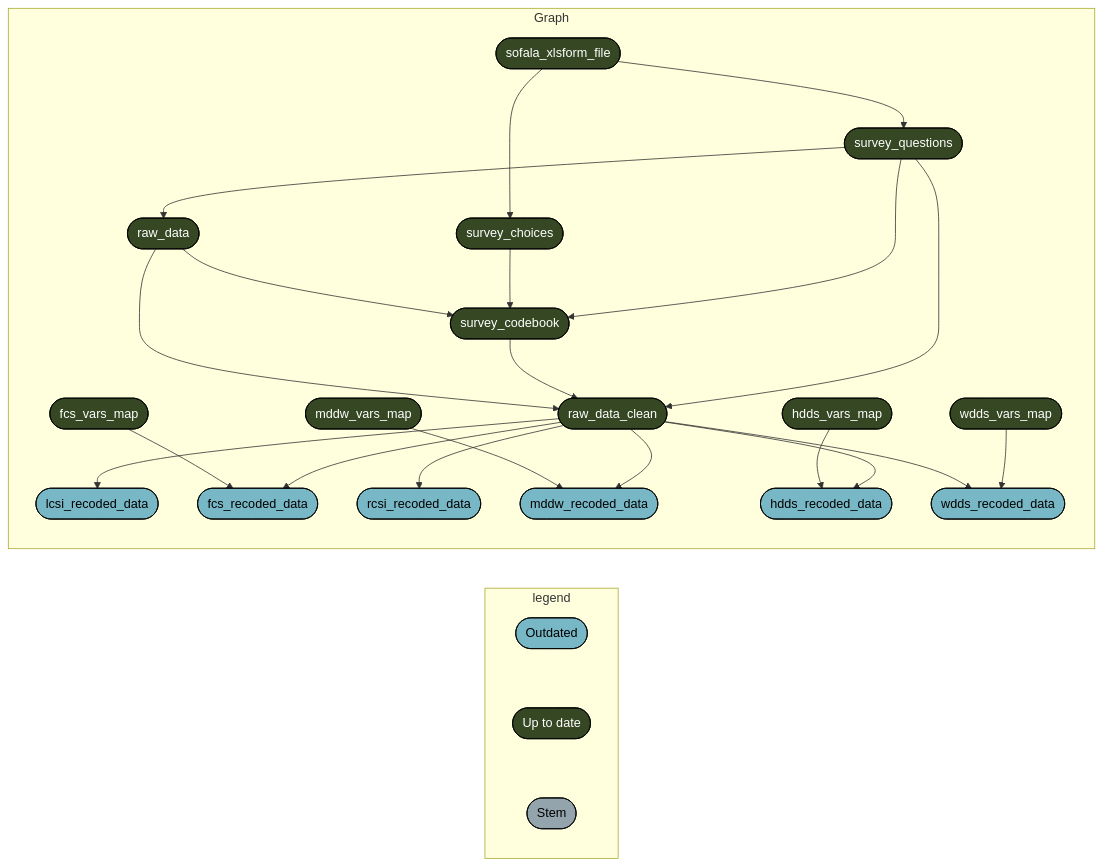
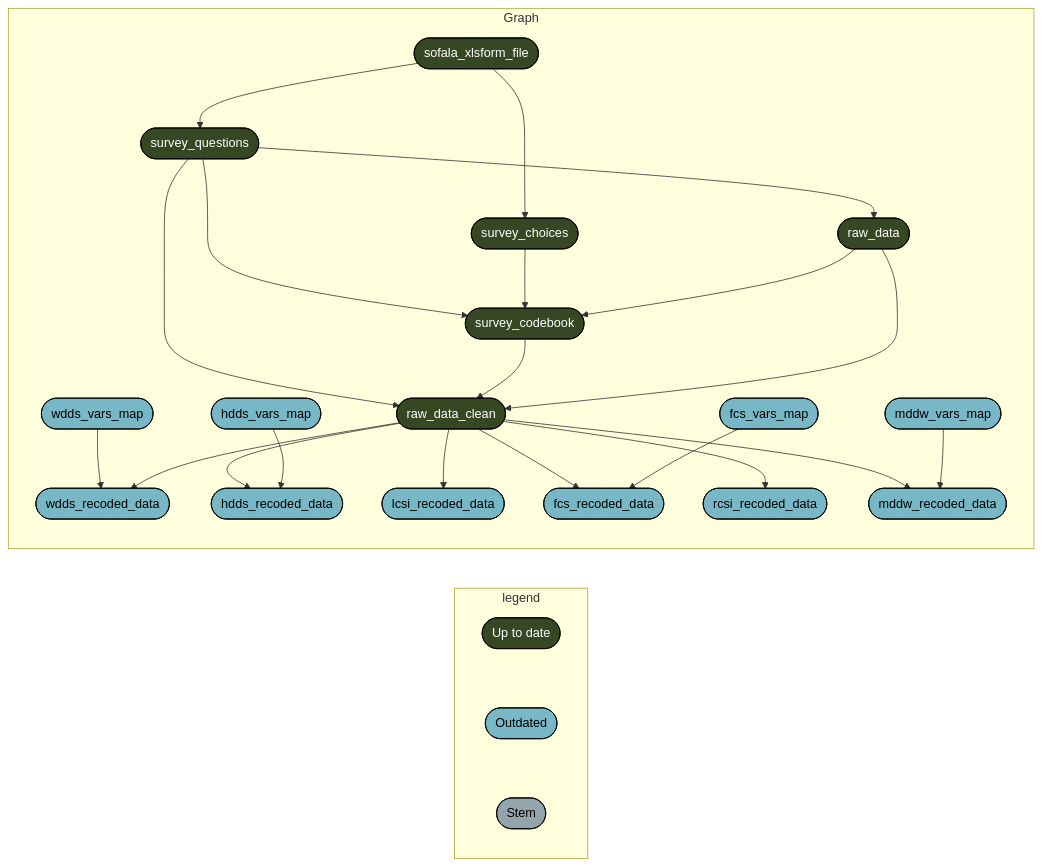
One commit to katilingban/mozambique-s3m changed the second of 5 diagrams in README.md. Above: the diagram before and after it, drawn with Mermaid. The commit also changed other lines of this file and 5 other files, not shown here.

````diff
--- a/README.md
+++ b/README.md
@@ -58,33 +56,33 @@
 ``` mermaid
 graph LR
   subgraph legend
-    x0a52b03877696646([""Outdated""]):::outdated --- x7420bd9270f8d27d([""Up to date""]):::uptodate
-    x7420bd9270f8d27d([""Up to date""]):::uptodate --- xbf4603d6c2c2ad6b([""Stem""]):::none
+    x7420bd9270f8d27d([""Up to date""]):::uptodate --- x0a52b03877696646([""Outdated""]):::outdated
+    x0a52b03877696646([""Outdated""]):::outdated --- xbf4603d6c2c2ad6b([""Stem""]):::none
   end
   subgraph Graph
+    x09e58614f2343db8(["raw_data_clean"]):::uptodate --> x89dfb95fe8e44cfd(["wdds_recoded_data"]):::outdated
+    xf222f81b7d734901(["wdds_vars_map"]):::outdated --> x89dfb95fe8e44cfd(["wdds_recoded_data"]):::outdated
+    xd946f9fb4faff97c(["hdds_vars_map"]):::outdated --> x5f4e9e79af1e1472(["hdds_recoded_data"]):::outdated
+    x09e58614f2343db8(["raw_data_clean"]):::uptodate --> x5f4e9e79af1e1472(["hdds_recoded_data"]):::outdated
+    x09e58614f2343db8(["raw_data_clean"]):::uptodate --> x1bfdb340aaf51c10(["lcsi_recoded_data"]):::outdated
+    x6d5a6a038d8cf062(["fcs_vars_map"]):::outdated --> x710620555a048954(["fcs_recoded_data"]):::outdated
+    x09e58614f2343db8(["raw_data_clean"]):::uptodate --> x710620555a048954(["fcs_recoded_data"]):::outdated
+    x09e58614f2343db8(["raw_data_clean"]):::uptodate --> x9db0983be8f9a87e(["rcsi_recoded_data"]):::outdated
+    x52eeb21c389d52d8(["sofala_xlsform_file"]):::uptodate --> x0c65864d89dfd824(["survey_questions"]):::uptodate
     x136e4e85e6851637(["raw_data"]):::uptodate --> xfcfc1959dbba8ed3(["survey_codebook"]):::uptodate
     x5aed27afbde18e19(["survey_choices"]):::uptodate --> xfcfc1959dbba8ed3(["survey_codebook"]):::uptodate
     x0c65864d89dfd824(["survey_questions"]):::uptodate --> xfcfc1959dbba8ed3(["survey_codebook"]):::uptodate
-    x09e58614f2343db8(["raw_data_clean"]):::uptodate --> x1bfdb340aaf51c10(["lcsi_recoded_data"]):::outdated
-    x6d5a6a038d8cf062(["fcs_vars_map"]):::uptodate --> x710620555a048954(["fcs_recoded_data"]):::outdated
-    x09e58614f2343db8(["raw_data_clean"]):::uptodate --> x710620555a048954(["fcs_recoded_data"]):::outdated
-    x0c65864d89dfd824(["survey_questions"]):::uptodate --> x136e4e85e6851637(["raw_data"]):::uptodate
-    x09e58614f2343db8(["raw_data_clean"]):::uptodate --> x9db0983be8f9a87e(["rcsi_recoded_data"]):::outdated
-    xcf59fc858ba254c4(["mddw_vars_map"]):::uptodate --> xaf0c296cd393c60a(["mddw_recoded_data"]):::outdated
+    xcf59fc858ba254c4(["mddw_vars_map"]):::outdated --> xaf0c296cd393c60a(["mddw_recoded_data"]):::outdated
     x09e58614f2343db8(["raw_data_clean"]):::uptodate --> xaf0c296cd393c60a(["mddw_recoded_data"]):::outdated
-    xd946f9fb4faff97c(["hdds_vars_map"]):::uptodate --> x5f4e9e79af1e1472(["hdds_recoded_data"]):::outdated
-    x09e58614f2343db8(["raw_data_clean"]):::uptodate --> x5f4e9e79af1e1472(["hdds_recoded_data"]):::outdated
     x136e4e85e6851637(["raw_data"]):::uptodate --> x09e58614f2343db8(["raw_data_clean"]):::uptodate
     xfcfc1959dbba8ed3(["survey_codebook"]):::uptodate --> x09e58614f2343db8(["raw_data_clean"]):::uptodate
     x0c65864d89dfd824(["survey_questions"]):::uptodate --> x09e58614f2343db8(["raw_data_clean"]):::uptodate
-    x52eeb21c389d52d8(["sofala_xlsform_file"]):::uptodate --> x0c65864d89dfd824(["survey_questions"]):::uptodate
-    x09e58614f2343db8(["raw_data_clean"]):::uptodate --> x89dfb95fe8e44cfd(["wdds_recoded_data"]):::outdated
-    xf222f81b7d734901(["wdds_vars_map"]):::uptodate --> x89dfb95fe8e44cfd(["wdds_recoded_data"]):::outdated
     x52eeb21c389d52d8(["sofala_xlsform_file"]):::uptodate --> x5aed27afbde18e19(["survey_choices"]):::uptodate
+    x0c65864d89dfd824(["survey_questions"]):::uptodate --> x136e4e85e6851637(["raw_data"]):::uptodate
   end
+  classDef uptodate stroke:#000000,color:#ffffff,fill:#354823;
   classDef outdated stroke:#000000,color:#000000,fill:#78B7C5;
-  classDef uptodate stroke:#000000,color:#ffffff,fill:#354823;
   classDef none stroke:#000000,color:#000000,fill:#94a4ac;
   linkStyle 0 stroke-width:0px;
   linkStyle 1 stroke-width:0px;
 ```
````
